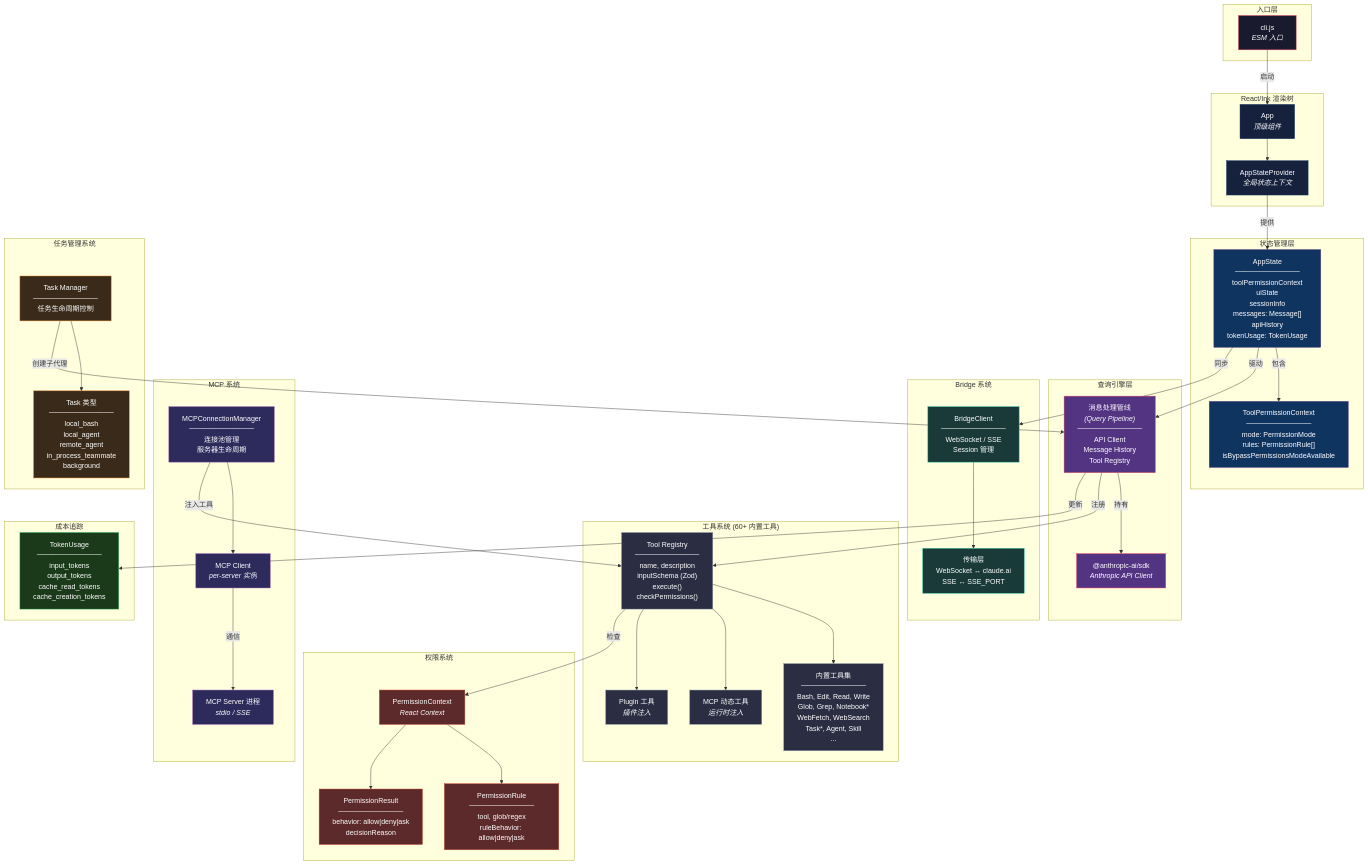
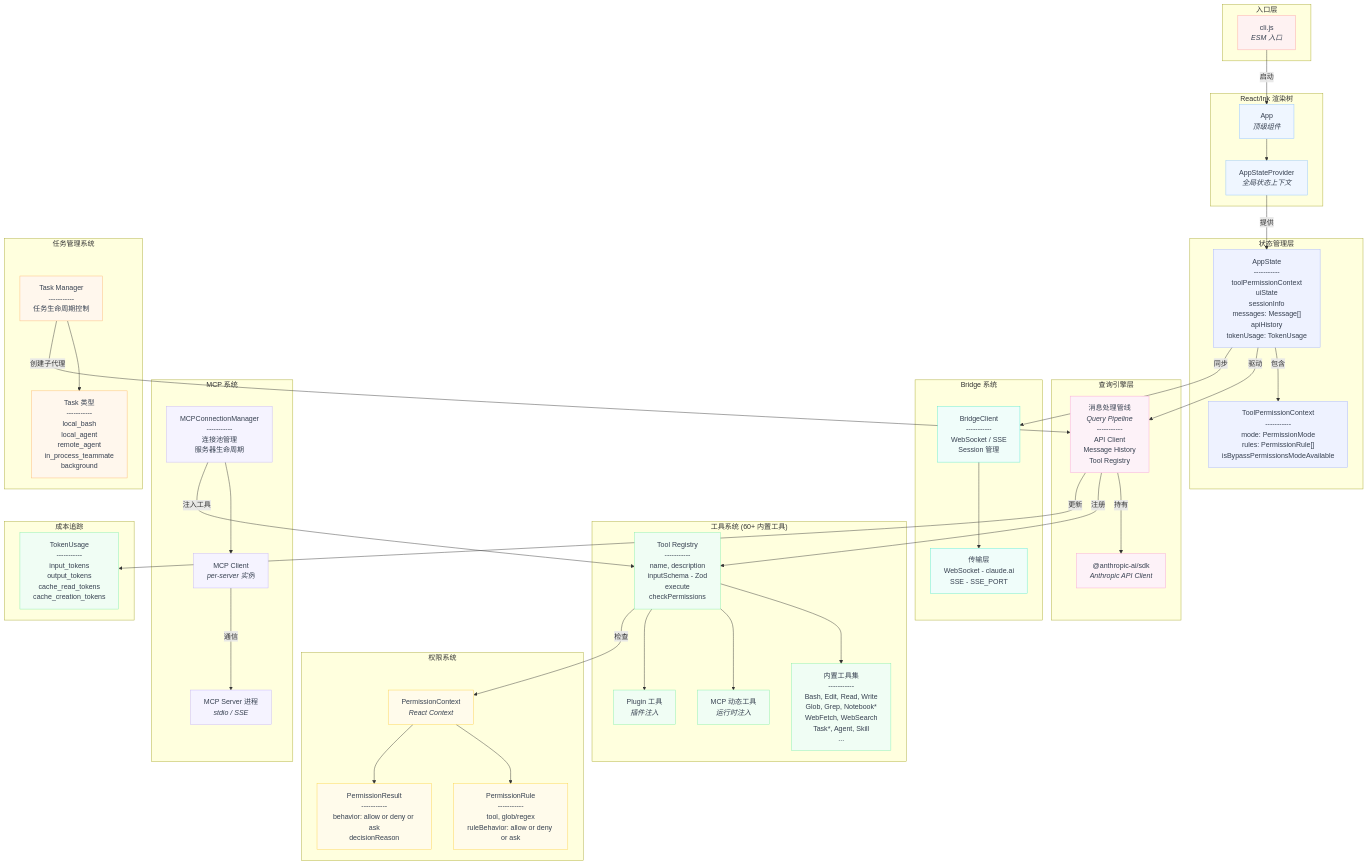
One commit to shenh10/shenh10.github.io changed the first of 6 diagrams in docs/projects/claude-code/02_architecture.md. Above: the diagram before and after it, drawn with Mermaid. The commit also changed other lines of this file and 12 other files, not shown here.

Commit message:
sync: update claude-code codebook from notebook source

````diff
--- a/docs/projects/claude-code/02_architecture.md
+++ b/docs/projects/claude-code/02_architecture.md
@@ -14,67 +13,67 @@
 ```mermaid
 graph TB
     subgraph EntryPoint["入口层"]
-        CLI["cli.js<br/><i>ESM 入口</i>"]
+        CLI["cli.js<br><i>ESM 入口</i>"]
     end
 
     subgraph ReactTree["React/Ink 渲染树"]
-        App["App<br/><i>顶级组件</i>"]
-        ASP["AppStateProvider<br/><i>全局状态上下文</i>"]
+        App["App<br><i>顶级组件</i>"]
+        ASP["AppStateProvider<br><i>全局状态上下文</i>"]
         App --> ASP
     end
 
     subgraph StateLayer["状态管理层"]
-        AppState["AppState<br/>─────────────<br/>toolPermissionContext<br/>uiState<br/>sessionInfo<br/>messages: Message[]<br/>apiHistory<br/>tokenUsage: TokenUsage"]
-        TPC["ToolPermissionContext<br/>─────────────<br/>mode: PermissionMode<br/>rules: PermissionRule[]<br/>isBypassPermissionsModeAvailable"]
+        AppState["AppState<br>-----------<br>toolPermissionContext<br>uiState<br>sessionInfo<br>messages: Message[]<br>apiHistory<br>tokenUsage: TokenUsage"]
+        TPC["ToolPermissionContext<br>-----------<br>mode: PermissionMode<br>rules: PermissionRule[]<br>isBypassPermissionsModeAvailable"]
         AppState -->|"包含"| TPC
     end
 
     subgraph QueryLayer["查询引擎层"]
-        QE["消息处理管线<br/><i>(Query Pipeline)</i><br/>─────────────<br/>API Client<br/>Message History<br/>Tool Registry"]
-        APIClient["@anthropic-ai/sdk<br/><i>Anthropic API Client</i>"]
+        QE["消息处理管线<br><i>Query Pipeline</i><br>-----------<br>API Client<br>Message History<br>Tool Registry"]
+        APIClient["@anthropic-ai/sdk<br><i>Anthropic API Client</i>"]
         QE -->|"持有"| APIClient
     end
 
     subgraph ToolSystem["工具系统 (60+ 内置工具)"]
-        TR["Tool Registry<br/>─────────────<br/>name, description<br/>inputSchema (Zod)<br/>execute()<br/>checkPermissions()"]
-        BuiltIn["内置工具集<br/>─────────────<br/>Bash, Edit, Read, Write<br/>Glob, Grep, Notebook*<br/>WebFetch, WebSearch<br/>Task*, Agent, Skill<br/>..."]
-        MCPTools["MCP 动态工具<br/><i>运行时注入</i>"]
-        PluginTools["Plugin 工具<br/><i>插件注入</i>"]
+        TR["Tool Registry<br>-----------<br>name, description<br>inputSchema - Zod<br>execute<br>checkPermissions"]
+        BuiltIn["内置工具集<br>-----------<br>Bash, Edit, Read, Write<br>Glob, Grep, Notebook*<br>WebFetch, WebSearch<br>Task*, Agent, Skill<br>..."]
+        MCPTools["MCP 动态工具<br><i>运行时注入</i>"]
+        PluginTools["Plugin 工具<br><i>插件注入</i>"]
         TR --> BuiltIn
         TR --> MCPTools
         TR --> PluginTools
     end
 
     subgraph PermSystem["权限系统"]
-        PC["PermissionContext<br/><i>React Context</i>"]
-        PR["PermissionRule<br/>─────────────<br/>tool, glob/regex<br/>ruleBehavior: allow|deny|ask"]
-        PRes["PermissionResult<br/>─────────────<br/>behavior: allow|deny|ask<br/>decisionReason"]
+        PC["PermissionContext<br><i>React Context</i>"]
+        PR["PermissionRule<br>-----------<br>tool, glob/regex<br>ruleBehavior: allow or deny or ask"]
+        PRes["PermissionResult<br>-----------<br>behavior: allow or deny or ask<br>decisionReason"]
         PC --> PR
         PC --> PRes
     end
 
     subgraph BridgeSystem["Bridge 系统"]
-        BC["BridgeClient<br/>─────────────<br/>WebSocket / SSE<br/>Session 管理"]
-        BridgeTransport["传输层<br/>WebSocket ↔ claude.ai<br/>SSE ↔ SSE_PORT"]
+        BC["BridgeClient<br>-----------<br>WebSocket / SSE<br>Session 管理"]
+        BridgeTransport["传输层<br>WebSocket - claude.ai<br>SSE - SSE_PORT"]
         BC --> BridgeTransport
     end
 
     subgraph MCPSystem["MCP 系统"]
-        MCPMgr["MCPConnectionManager<br/>─────────────<br/>连接池管理<br/>服务器生命周期"]
-        MCPCli["MCP Client<br/><i>per-server 实例</i>"]
-        MCPSrv["MCP Server 进程<br/><i>stdio / SSE</i>"]
+        MCPMgr["MCPConnectionManager<br>-----------<br>连接池管理<br>服务器生命周期"]
+        MCPCli["MCP Client<br><i>per-server 实例</i>"]
+        MCPSrv["MCP Server 进程<br><i>stdio / SSE</i>"]
         MCPMgr --> MCPCli
         MCPCli -->|"通信"| MCPSrv
     end
 
     subgraph TaskSystem["任务管理系统"]
-        TM["Task Manager<br/>─────────────<br/>任务生命周期控制"]
-        TaskTypes["Task 类型<br/>─────────────<br/>local_bash<br/>local_agent<br/>remote_agent<br/>in_process_teammate<br/>background"]
+        TM["Task Manager<br>-----------<br>任务生命周期控制"]
+        TaskTypes["Task 类型<br>-----------<br>local_bash<br>local_agent<br>remote_agent<br>in_process_teammate<br>background"]
         TM --> TaskTypes
     end
 
     subgraph CostSystem["成本追踪"]
-        CT["TokenUsage<br/>─────────────<br/>input_tokens<br/>output_tokens<br/>cache_read_tokens<br/>cache_creation_tokens"]
+        CT["TokenUsage<br>-----------<br>input_tokens<br>output_tokens<br>cache_read_tokens<br>cache_creation_tokens"]
     end
 
     CLI -->|"启动"| App
@@ -87,16 +86,16 @@
     MCPMgr -->|"注入工具"| TR
     TM -->|"创建子代理"| QE
 
-    classDef entry fill:#1a1a2e,stroke:#e94560,color:#fff
-    classDef react fill:#16213e,stroke:#0f3460,color:#fff
-    classDef state fill:#0f3460,stroke:#533483,color:#fff
-    classDef query fill:#533483,stroke:#e94560,color:#fff
-    classDef tool fill:#2b2d42,stroke:#8d99ae,color:#fff
-    classDef perm fill:#5c2a2a,stroke:#c0392b,color:#fff
-    classDef bridge fill:#1a3a3a,stroke:#1abc9c,color:#fff
-    classDef mcp fill:#2d2a5c,stroke:#9b59b6,color:#fff
-    classDef task fill:#3a2a1a,stroke:#e67e22,color:#fff
-    classDef cost fill:#1a3a1a,stroke:#27ae60,color:#fff
+    classDef entry fill:#fef2f2,stroke:#fca5a5,color:#374151
+    classDef react fill:#eff6ff,stroke:#93c5fd,color:#374151
+    classDef state fill:#eef2ff,stroke:#a5b4fc,color:#374151
+    classDef query fill:#fdf2f8,stroke:#f9a8d4,color:#374151
+    classDef tool fill:#f0fdf4,stroke:#86efac,color:#374151
+    classDef perm fill:#fffbeb,stroke:#fcd34d,color:#374151
+    classDef bridge fill:#f0fdfa,stroke:#5eead4,color:#374151
+    classDef mcp fill:#f5f3ff,stroke:#c4b5fd,color:#374151
+    classDef task fill:#fff7ed,stroke:#fdba74,color:#374151
+    classDef cost fill:#f0fdf4,stroke:#86efac,color:#374151
 
     class CLI entry
     class App,ASP react
````
